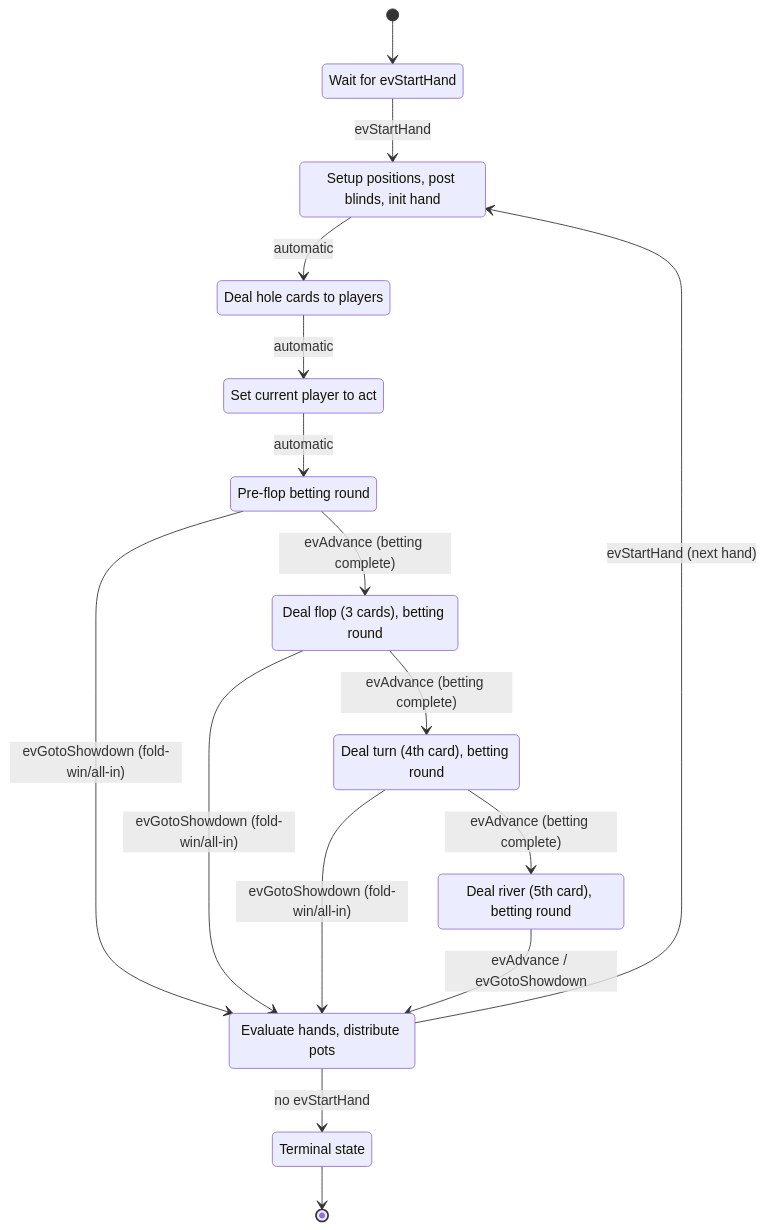
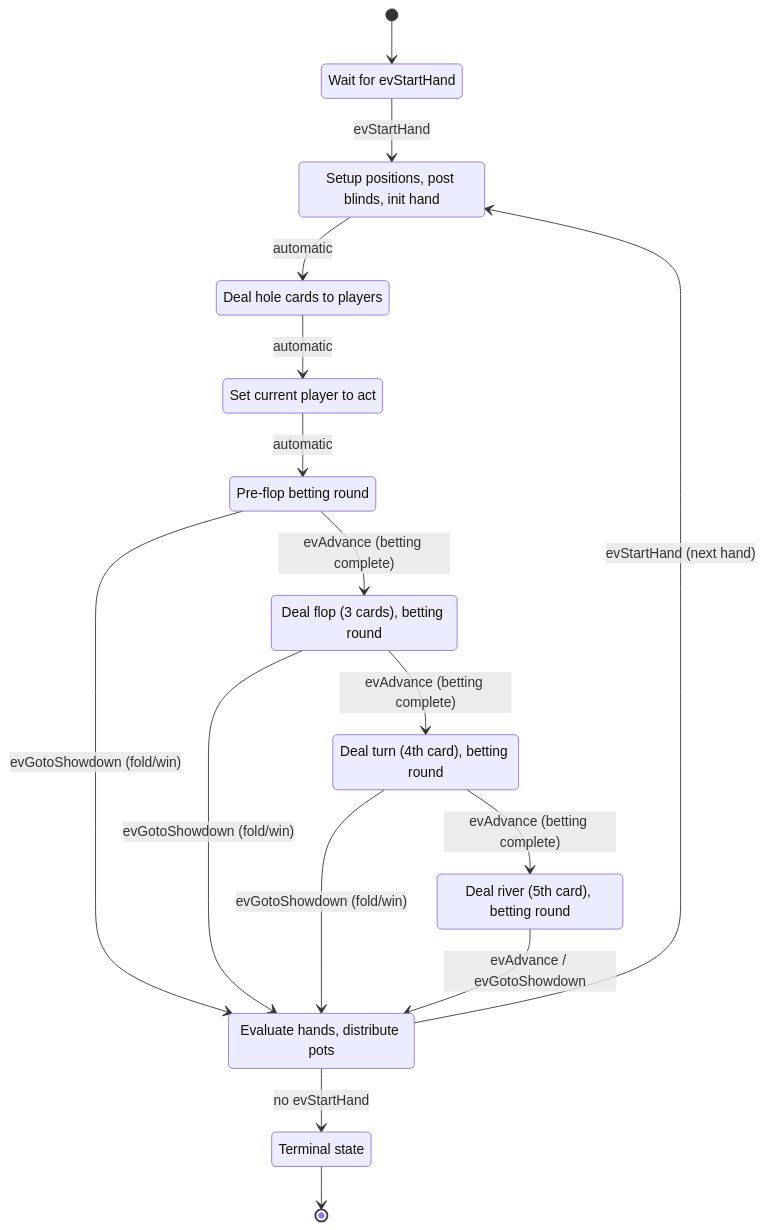
Before and after one commit to vctt94/dcrpoker: the third of 6 diagrams in docs/db.md, drawn with Mermaid. The commit also changed 26 other files, not shown here.

````diff
--- a/docs/db.md
+++ b/docs/db.md
@@ -128,39 +128,39 @@
 ```mermaid
 %% Game FSM — complete state flow with all intermediate states
 stateDiagram-v2
   [*] --> NEW_HAND_DEALING
 
   NEW_HAND_DEALING: Wait for evStartHand
   NEW_HAND_DEALING --> PRE_DEAL: evStartHand
 
   PRE_DEAL: Setup positions, post blinds, init hand
   PRE_DEAL --> DEAL: automatic
 
   DEAL: Deal hole cards to players
   DEAL --> BLINDS: automatic
 
   BLINDS: Set current player to act
   BLINDS --> PRE_FLOP: automatic
 
   PRE_FLOP: Pre-flop betting round
   PRE_FLOP --> FLOP: evAdvance (betting complete)
-  PRE_FLOP --> SHOWDOWN: evGotoShowdown (fold-win/all-in)
+  PRE_FLOP --> SHOWDOWN: evGotoShowdown (fold/win)
 
   FLOP: Deal flop (3 cards), betting round
   FLOP --> TURN: evAdvance (betting complete)
-  FLOP --> SHOWDOWN: evGotoShowdown (fold-win/all-in)
+  FLOP --> SHOWDOWN: evGotoShowdown (fold/win)
 
   TURN: Deal turn (4th card), betting round
   TURN --> RIVER: evAdvance (betting complete)
-  TURN --> SHOWDOWN: evGotoShowdown (fold-win/all-in)
+  TURN --> SHOWDOWN: evGotoShowdown (fold/win)
 
   RIVER: Deal river (5th card), betting round
   RIVER --> SHOWDOWN: evAdvance / evGotoShowdown
 
   SHOWDOWN: Evaluate hands, distribute pots
   SHOWDOWN --> PRE_DEAL: evStartHand (next hand)
   SHOWDOWN --> END: no evStartHand
 
   END: Terminal state
   END --> [*]
 ```
````
